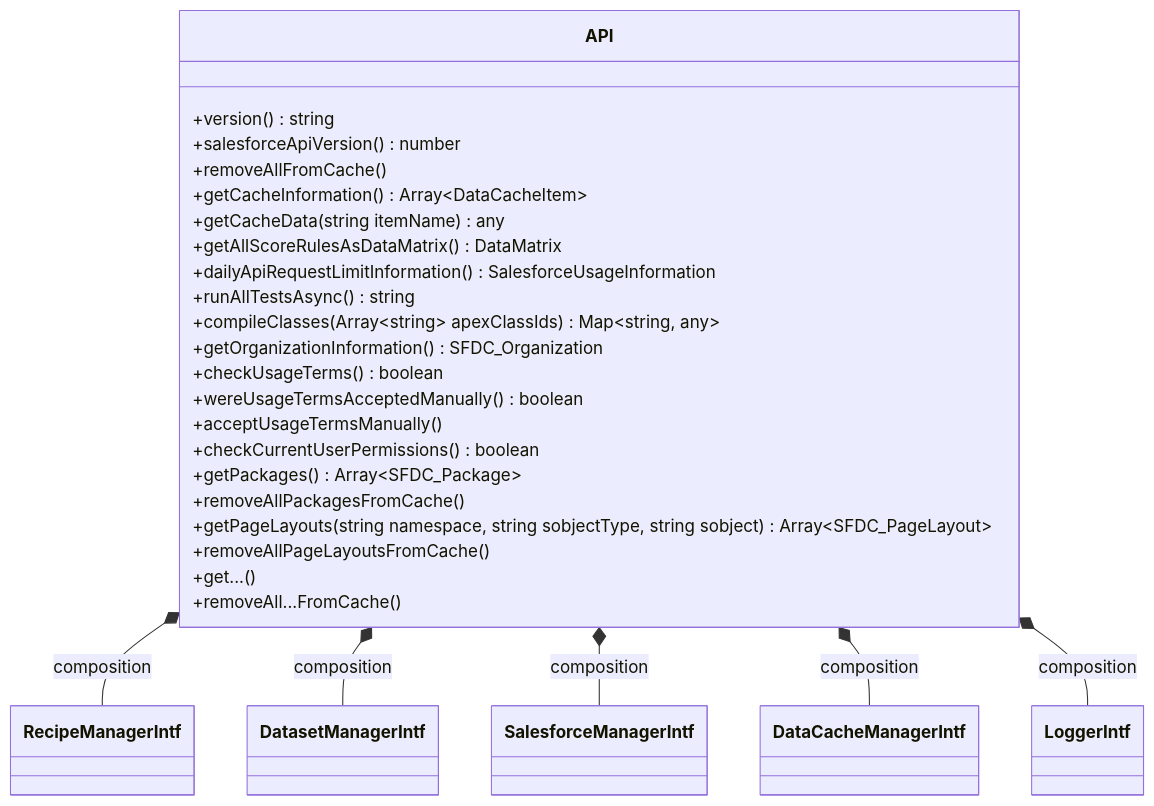
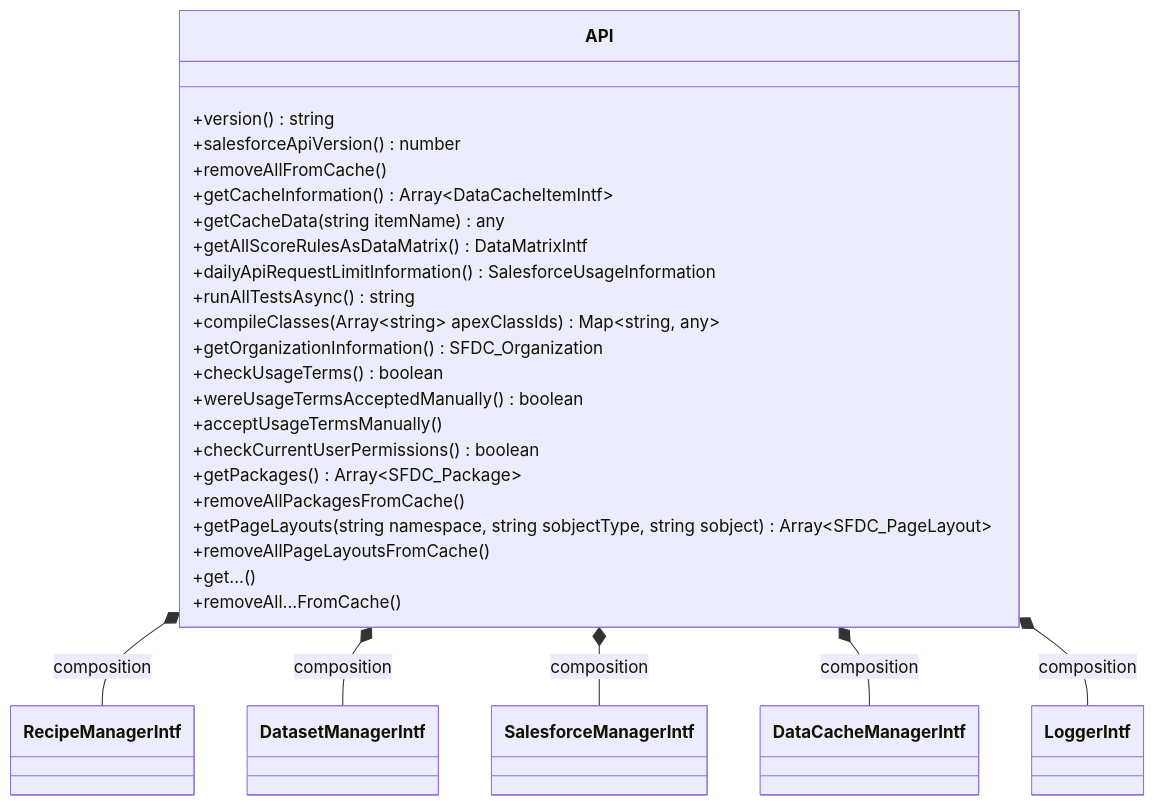
One commit to SalesforceLabs/OrgCheck changed the second of 3 diagrams in docs/index8.classdiagram.md. Above: the diagram before and after it, drawn with Mermaid. The commit also changed other lines of this file and 232 other files, not shown here.

````diff
--- a/docs/index8.classdiagram.md
+++ b/docs/index8.classdiagram.md
@@ -43,31 +43,31 @@
 ```mermaid
 classDiagram
     class API {
         +version() string
         +salesforceApiVersion() number
         +removeAllFromCache()
-        +getCacheInformation() Array~DataCacheItem~
+        +getCacheInformation() Array~DataCacheItemIntf~
         +getCacheData(string itemName) any
-        +getAllScoreRulesAsDataMatrix() DataMatrix
+        +getAllScoreRulesAsDataMatrix() DataMatrixIntf
         +dailyApiRequestLimitInformation() SalesforceUsageInformation
         +runAllTestsAsync() string
         +compileClasses(Array~string~ apexClassIds) Map~string, any~
         +getOrganizationInformation() SFDC_Organization
         +checkUsageTerms() boolean
         +wereUsageTermsAcceptedManually() boolean
         +acceptUsageTermsManually()
         +checkCurrentUserPermissions() boolean
         +getPackages() Array~SFDC_Package~
         +removeAllPackagesFromCache()
         +getPageLayouts(string namespace, string sobjectType, string sobject) Array~SFDC_PageLayout~
         +removeAllPageLayoutsFromCache()
         +get...()
         +removeAll...FromCache()
     }
 
 API *-- RecipeManagerIntf : composition
 API *-- DatasetManagerIntf : composition
 API *-- SalesforceManagerIntf : composition
 API *-- DataCacheManagerIntf : composition
 API *-- LoggerIntf : composition
 ```
````
